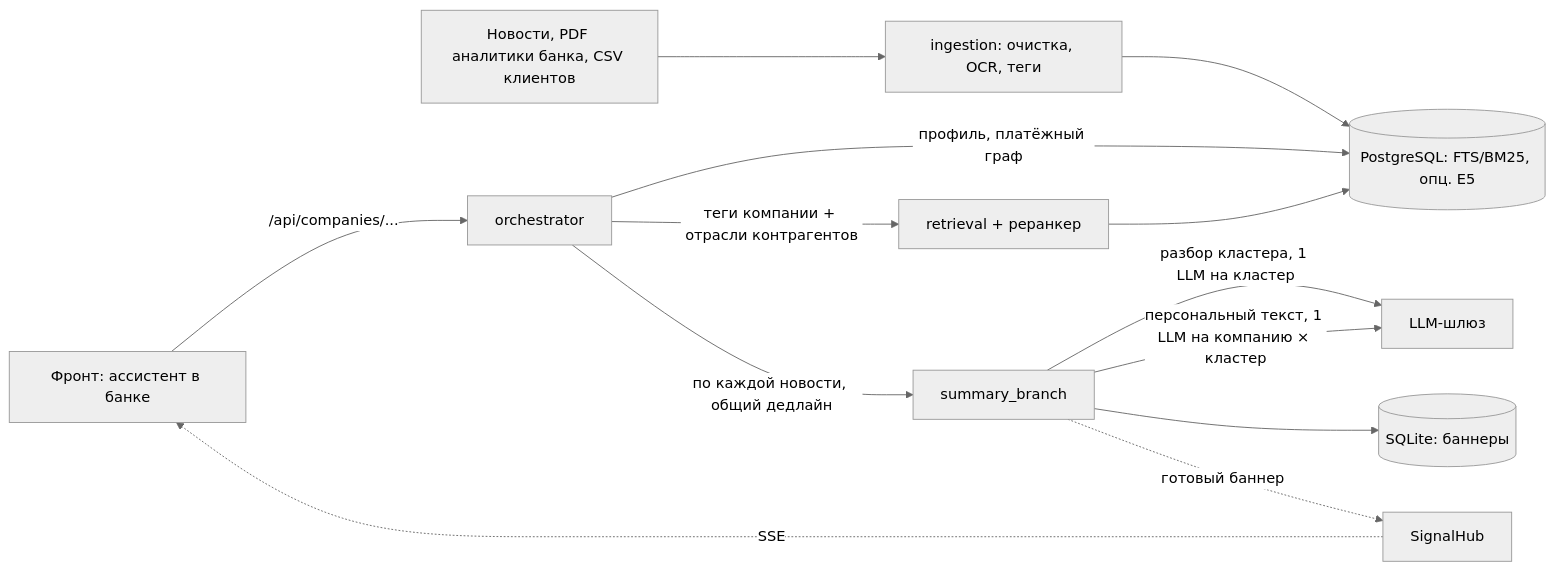
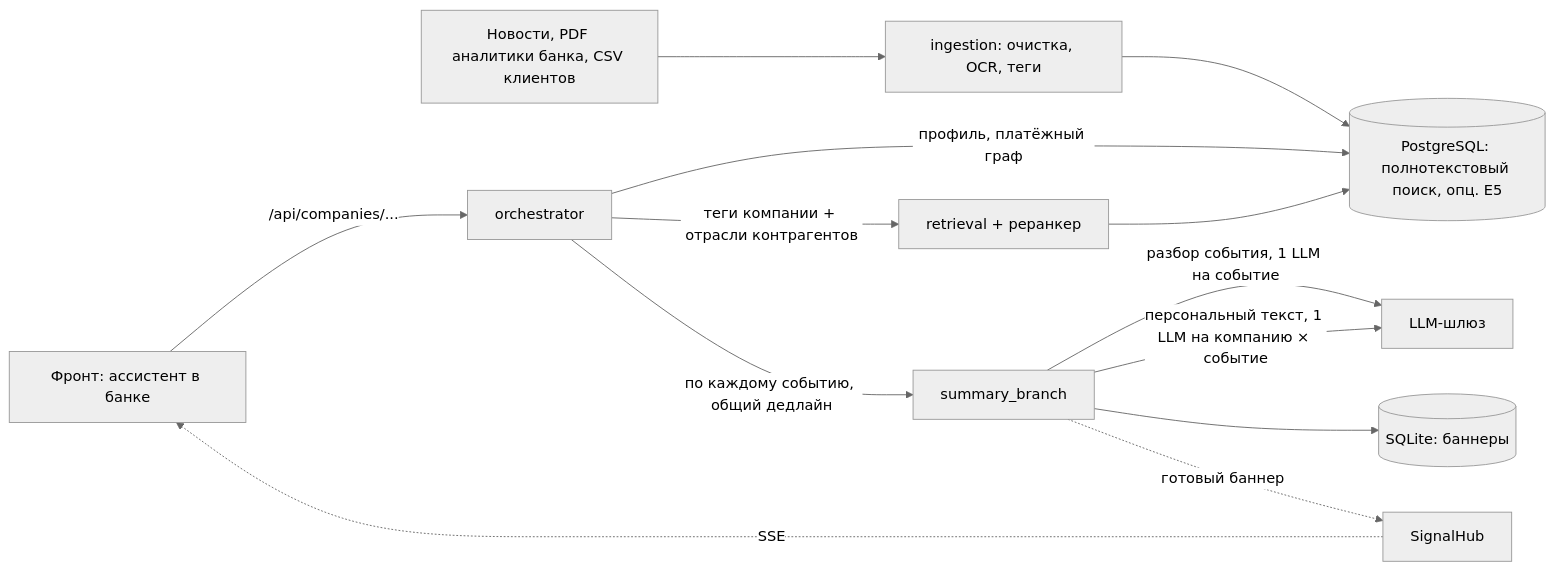
One commit to neF1anders/alpha-business changed the diagram in README.md. Above: the diagram before and after it, drawn with Mermaid (neutral theme). The commit also changed other lines of this file and 2 other files, not shown here.

````diff
--- a/README.md
+++ b/README.md
@@ -20,14 +25,14 @@
 ```mermaid
 flowchart LR
     SRC[Новости, PDF аналитики банка, CSV клиентов] --> ING[ingestion: очистка, OCR, теги]
-    ING --> DB[(PostgreSQL: FTS/BM25, опц. E5)]
+    ING --> DB[(PostgreSQL: полнотекстовый поиск, опц. E5)]
     UI[Фронт: ассистент в банке] -->|/api/companies/...| ORC[orchestrator]
     ORC -->|профиль, платёжный граф| DB
     ORC -->|теги компании + отрасли контрагентов| RET[retrieval + реранкер]
     RET --> DB
-    ORC -->|по каждой новости, общий дедлайн| SB[summary_branch]
-    SB -->|разбор кластера, 1 LLM на кластер| LLM[LLM-шлюз]
-    SB -->|персональный текст, 1 LLM на компанию × кластер| LLM
+    ORC -->|по каждому событию, общий дедлайн| SB[summary_branch]
+    SB -->|разбор события, 1 LLM на событие| LLM[LLM-шлюз]
+    SB -->|персональный текст, 1 LLM на компанию × событие| LLM
     SB --> ST[(SQLite: баннеры)]
     SB -.->|готовый баннер| HUB[SignalHub] -.->|SSE| UI
 ```
````
